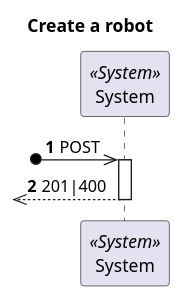
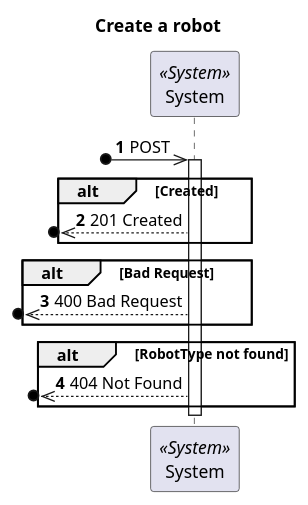
Before and after one commit to 1210910/lapr5: the diagram in docs/Vista Processo/US360/ProcessView_Level1_US360.puml, drawn with PlantUML. The commit also changed 14 other files, not shown here.

```diff
--- a/docs/Vista Processo/US360/ProcessView_Level1_US360.puml
+++ b/docs/Vista Processo/US360/ProcessView_Level1_US360.puml
@@ -1,18 +1,26 @@
 @startuml
 'https://plantuml.com/sequence-diagram
 
 autonumber
 skinparam packageStyle rect
 
 title Create a robot
 
 participant "System" as Sys <<System>>
 
 ?o->> Sys : POST
 
 activate Sys
-?o<<-- Sys : 201|400
+alt Created
+   ?o<<--Sys : 201 Created
+end
+alt Bad Request
+   ?o<<--Sys : 400 Bad Request
+end
+alt RobotType not found
+   ?o<<--Sys : 404 Not Found
+end
 deactivate Sys
 
 
 @enduml
```
